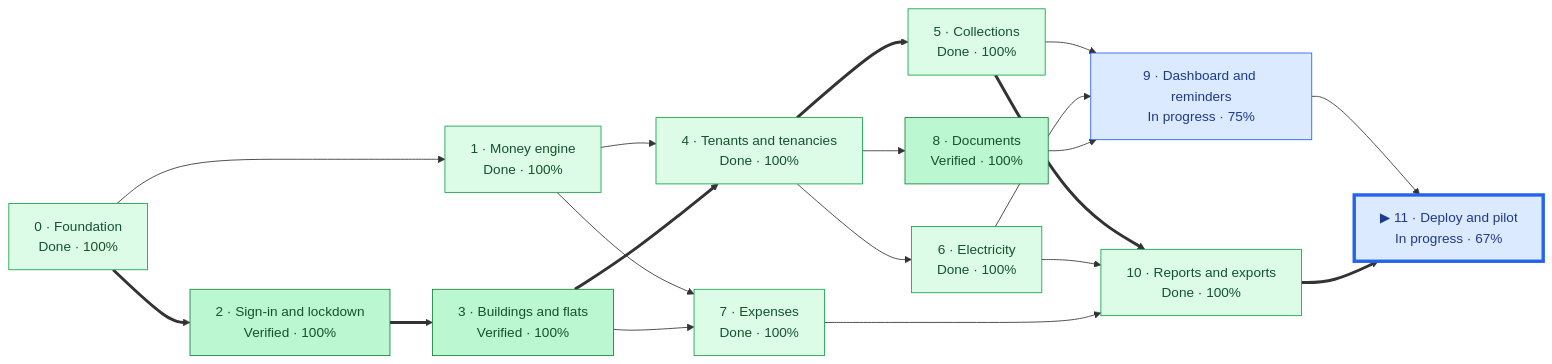
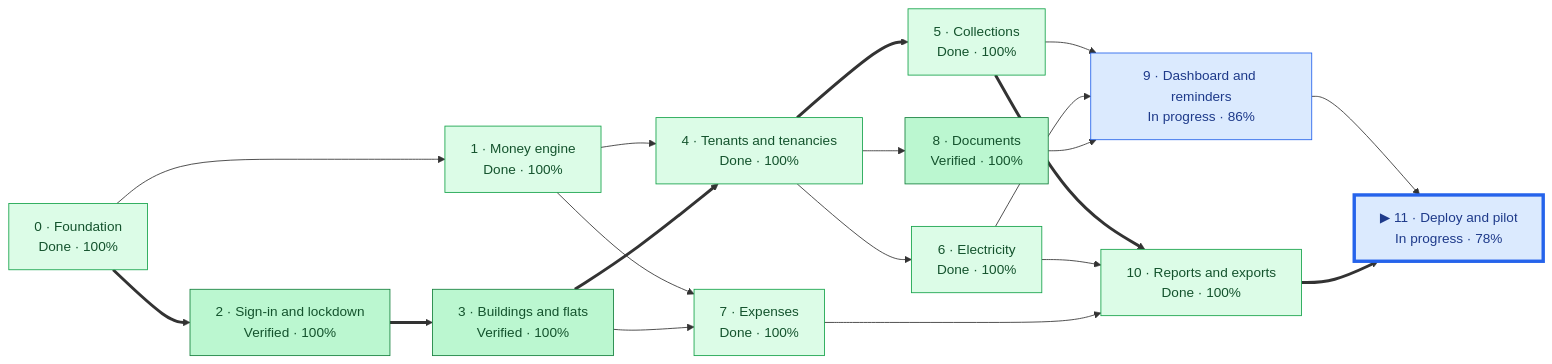
The diagram in docs/tracker/TRACKER.md (aakashworkspace13-it/Property_Management), drawn with Mermaid before and after one commit. The commit also changed other lines of this file and 69 other files, not shown here.

````diff
--- a/docs/tracker/TRACKER.md
+++ b/docs/tracker/TRACKER.md
@@ -29,53 +28,53 @@
 ```mermaid
 flowchart LR
   P0["0 · Foundation<br/>Done · 100%"]
   P1["1 · Money engine<br/>Done · 100%"]
   P2["2 · Sign-in and lockdown<br/>Verified · 100%"]
   P3["3 · Buildings and flats<br/>Verified · 100%"]
   P4["4 · Tenants and tenancies<br/>Done · 100%"]
   P5["5 · Collections<br/>Done · 100%"]
   P6["6 · Electricity<br/>Done · 100%"]
   P7["7 · Expenses<br/>Done · 100%"]
   P8["8 · Documents<br/>Verified · 100%"]
-  P9["9 · Dashboard and reminders<br/>In progress · 75%"]
+  P9["9 · Dashboard and reminders<br/>In progress · 86%"]
   P10["10 · Reports and exports<br/>Done · 100%"]
-  P11["▶ 11 · Deploy and pilot<br/>In progress · 67%"]
+  P11["▶ 11 · Deploy and pilot<br/>In progress · 78%"]
   P0 --> P1
   P0 ==> P2
   P2 ==> P3
   P1 --> P4
   P3 ==> P4
   P4 ==> P5
   P4 --> P6
   P1 --> P7
   P3 --> P7
   P4 --> P8
   P5 --> P9
   P6 --> P9
   P8 --> P9
   P5 ==> P10
   P6 --> P10
   P7 --> P10
   P9 --> P11
   P10 ==> P11
   classDef notstarted fill:#eef0f2,stroke:#9aa3ab,color:#3b4248
   classDef inprogress fill:#dbeafe,stroke:#2563eb,color:#1e3a8a
   classDef blocked fill:#fee2e2,stroke:#dc2626,color:#7f1d1d
   classDef done fill:#dcfce7,stroke:#16a34a,color:#14532d
   classDef verified fill:#bbf7d0,stroke:#15803d,color:#14532d
   classDef current stroke-width:4px
   classDef recheck stroke:#d97706,stroke-dasharray:5 3
   class P0 done
   class P1 done
   class P2 verified
   class P3 verified
   class P4 done
   class P5 done
   class P6 done
   class P7 done
   class P8 verified
   class P9 inprogress
   class P10 done
   class P11 inprogress
   class P11 current
 ```
````
